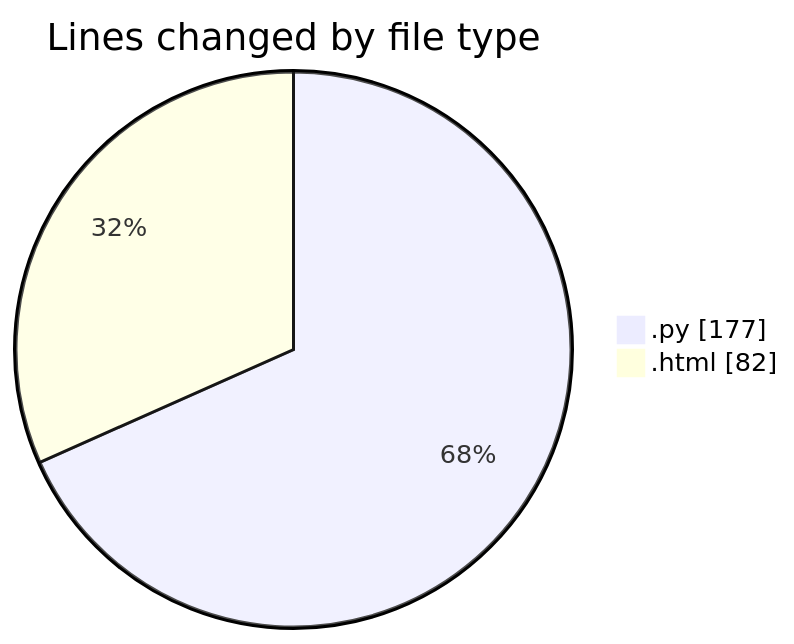
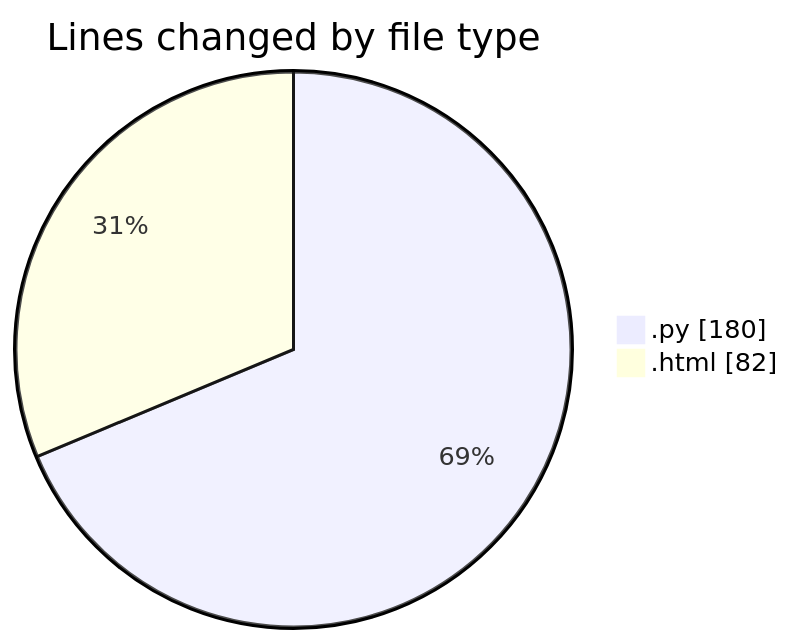
One commit to FelipKnott/code-tracking changed the first of 2 diagrams in 2025-07-17/projeto_sistema/README.md. Above: the diagram before and after it, drawn with Mermaid. The commit also changed other lines of this file and 1 other file, not shown here.

````diff
--- a/2025-07-17/projeto_sistema/README.md
+++ b/2025-07-17/projeto_sistema/README.md
@@ -26,6 +26,6 @@
 ```mermaid
 pie showData
 title Lines changed by file type
-".py" : 177
+".py" : 180
 ".html" : 82
 ```
````
